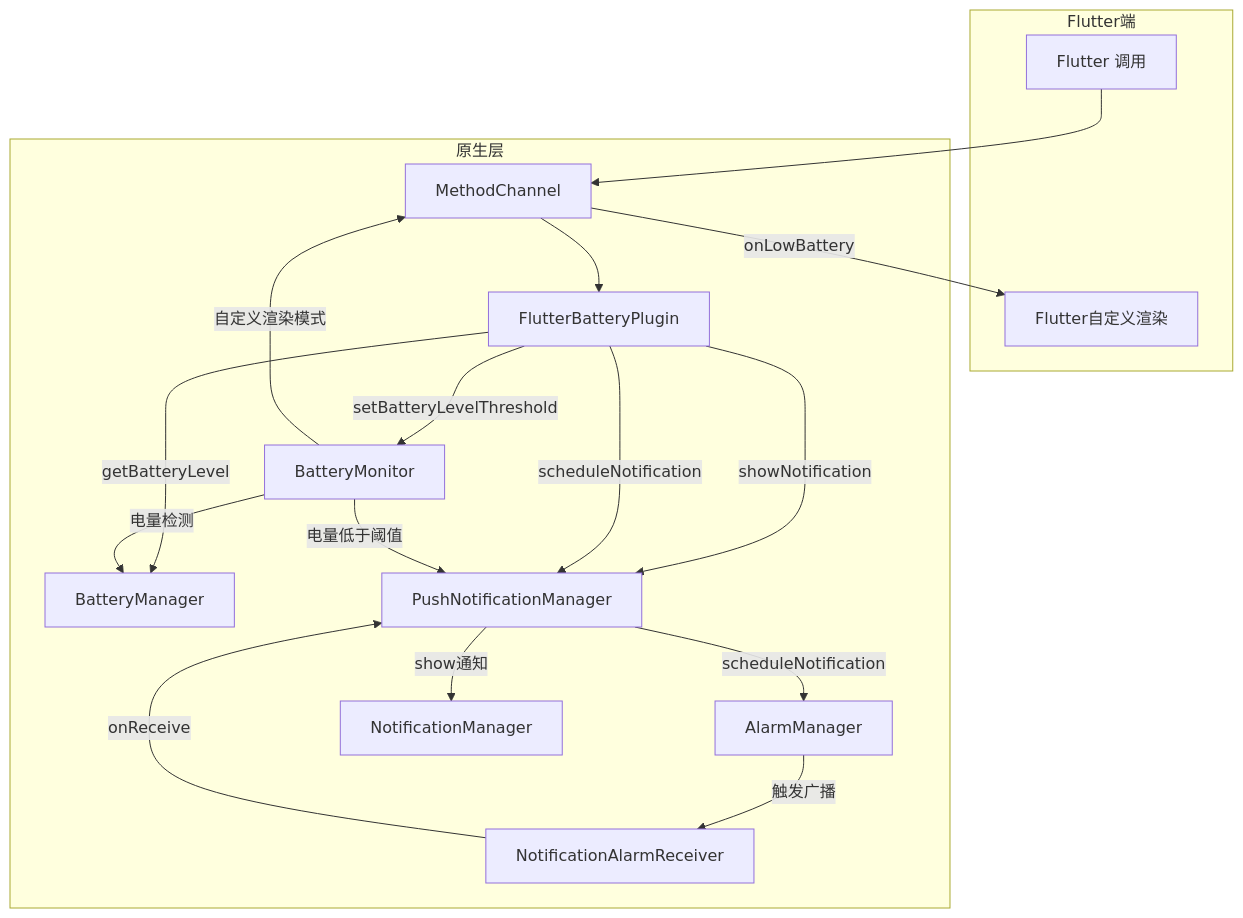
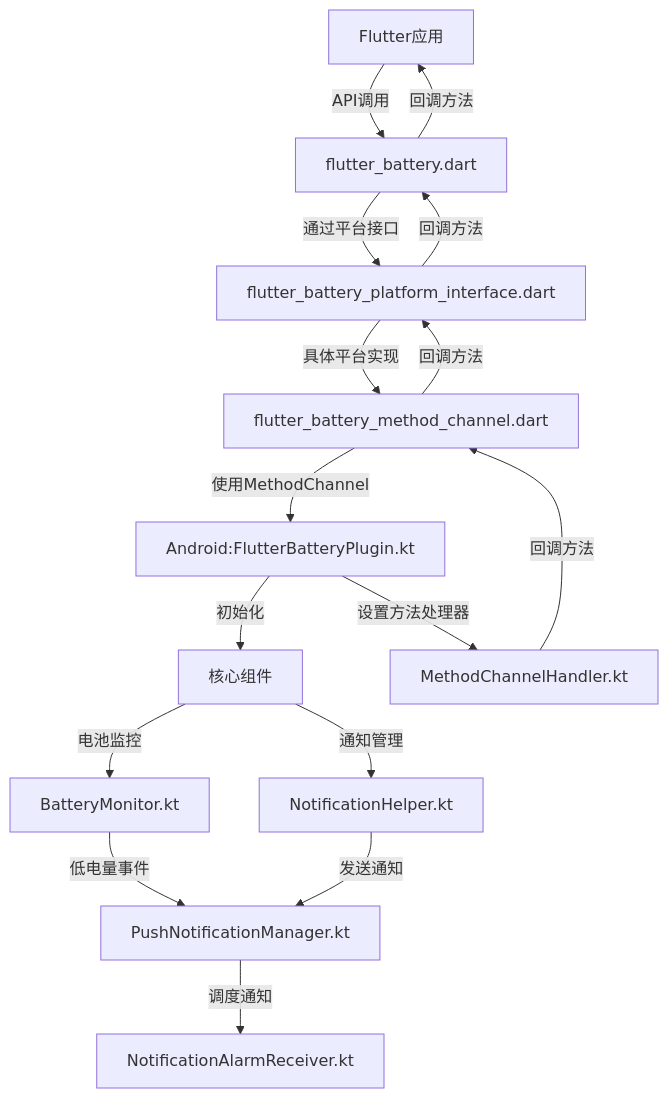
Before and after one commit to lizy-coding/flutter_battery: the diagram in README.md, drawn with Mermaid. The commit also changed other lines of this file and 8 other files, not shown here.

````diff
--- a/README.md
+++ b/README.md
@@ -16,32 +153,18 @@
 ```mermaid
-flowchart TD
-  subgraph Flutter端
-    A[Flutter 调用]
-    Z[Flutter自定义渲染]
-  end
-  subgraph 原生层
-    B[MethodChannel]
-    C[FlutterBatteryPlugin]
-    G[BatteryManager]
-    I[BatteryMonitor]
-    D[PushNotificationManager]
-    E[AlarmManager]
-    F[NotificationAlarmReceiver]
-    H[NotificationManager]
-  end
-
-  A --> B
-  B --> C
-  C -->|getBatteryLevel| G
-  C -->|showNotification| D
-  C -->|scheduleNotification| D
-  C -->|setBatteryLevelThreshold| I
-  I -->|电量检测| G
-  I -->|电量低于阈值| D
-  I -- 自定义渲染模式 --> B
-  B -- onLowBattery --> Z
-  D -->|scheduleNotification| E
-  E -->|触发广播| F
-  F -->|onReceive| D
-  D -->|show通知| H
+graph TD
+    A[Flutter应用] -->|API调用| B[flutter_battery.dart]
+    B -->|通过平台接口| C[flutter_battery_platform_interface.dart]
+    C -->|具体平台实现| D[flutter_battery_method_channel.dart]
+    D -->|使用MethodChannel| E[Android:FlutterBatteryPlugin.kt]
+    E -->|初始化| F[核心组件]
+    E -->|设置方法处理器| G[MethodChannelHandler.kt]
+    F -->|电池监控| H[BatteryMonitor.kt]
+    F -->|通知管理| I[NotificationHelper.kt]
+    H -->|低电量事件| J[PushNotificationManager.kt]
+    I -->|发送通知| J
+    J -->|调度通知| K[NotificationAlarmReceiver.kt]
+    G -->|回调方法| D
+    D -->|回调方法| C
+    C -->|回调方法| B
+    B -->|回调方法| A
 ```
````
